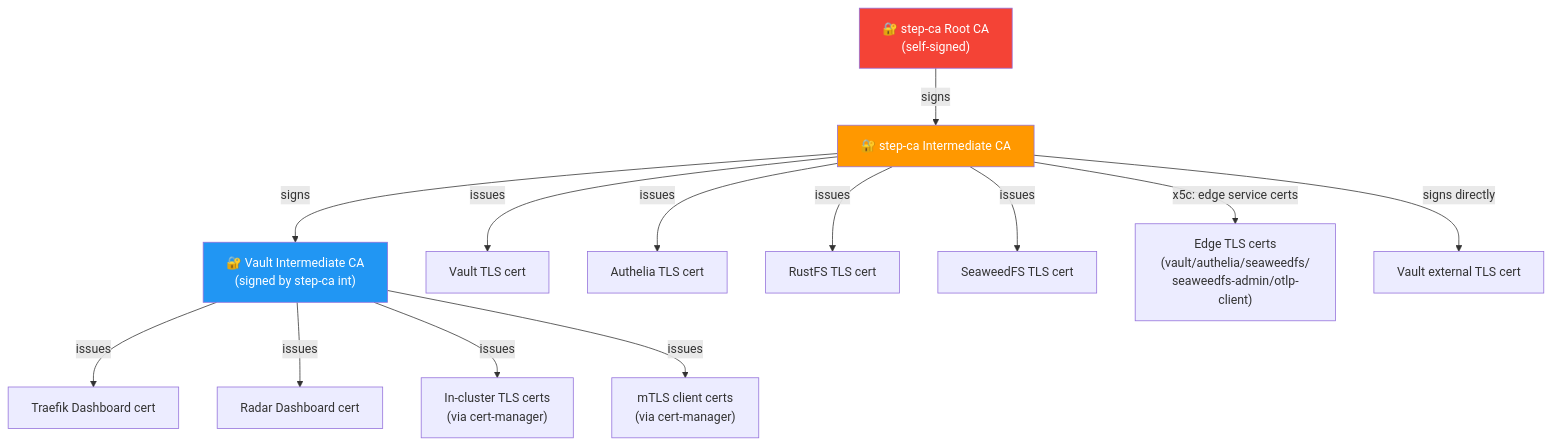
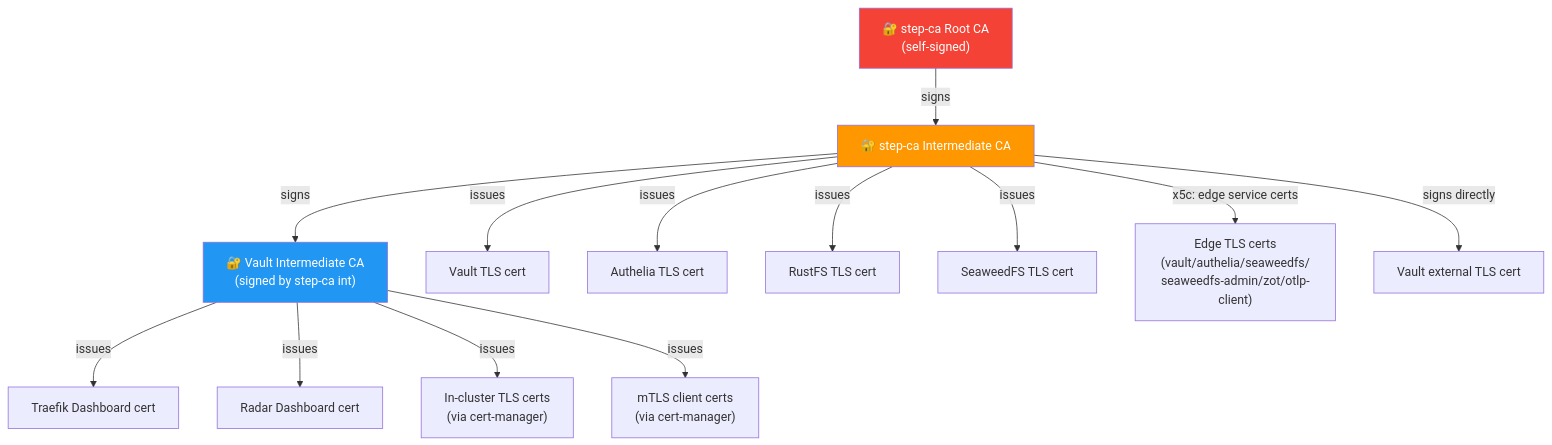
One commit to rmlandvreugd/cnpg-playground changed the eighth of 12 diagrams in docs/architecture-overview.md. Above: the diagram before and after it, drawn with Mermaid. The commit also changed other lines of this file and 2 other files, not shown here.

First line of the commit message:
docs(zot): Spike 5 — document zot registry + stacker across architecture docs

````diff
--- a/docs/architecture-overview.md
+++ b/docs/architecture-overview.md
@@ -337,25 +342,25 @@
 ```mermaid
 graph TD
     RootCA["🔐 step-ca Root CA<br/>(self-signed)"]
     IntCA["🔐 step-ca Intermediate CA"]
     VaultIntCA["🔐 Vault Intermediate CA<br/>(signed by step-ca int)"]
 
     RootCA -->|signs| IntCA
     IntCA -->|signs| VaultIntCA
 
     IntCA -->|issues| VaultTLS["Vault TLS cert"]
     IntCA -->|issues| AutheliaTLS["Authelia TLS cert"]
     IntCA -->|issues| RustFSTLS["RustFS TLS cert"]
     IntCA -->|issues| SeaweedFSTLS["SeaweedFS TLS cert"]
-    IntCA -->|x5c: edge service certs| EdgeCerts["Edge TLS certs<br/>(vault/authelia/seaweedfs/<br/>seaweedfs-admin/otlp-client)"]
+    IntCA -->|x5c: edge service certs| EdgeCerts["Edge TLS certs<br/>(vault/authelia/seaweedfs/<br/>seaweedfs-admin/zot/otlp-client)"]
     VaultIntCA -->|issues| TraefikDashTLS["Traefik Dashboard cert"]
     VaultIntCA -->|issues| RadarDashTLS["Radar Dashboard cert"]
     VaultIntCA -->|issues| ClusterCerts["In-cluster TLS certs<br/>(via cert-manager)"]
     VaultIntCA -->|issues| MTLSCerts["mTLS client certs<br/>(via cert-manager)"]
 
     IntCA -->|signs directly| VaultExtTLS["Vault external TLS cert"]
 
     style RootCA fill:#F44336,color:white
     style IntCA fill:#FF9800,color:white
     style VaultIntCA fill:#2196F3,color:white
 ```
````
